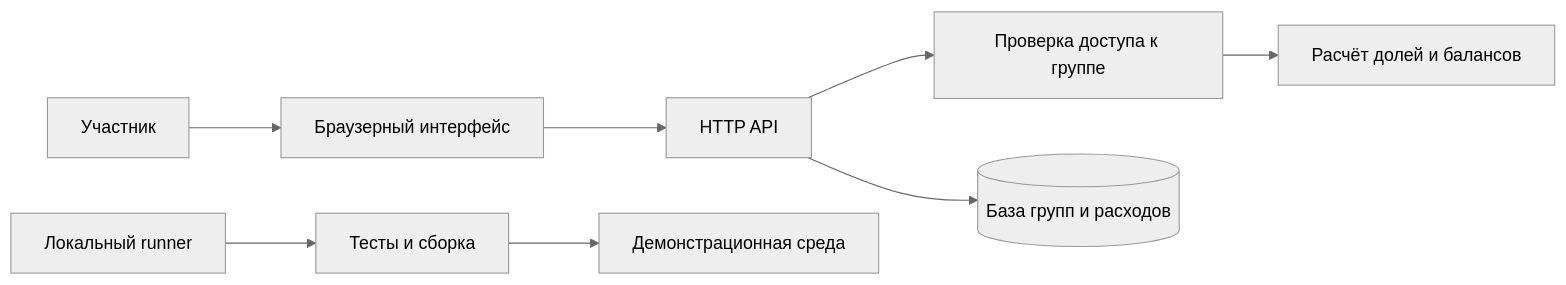
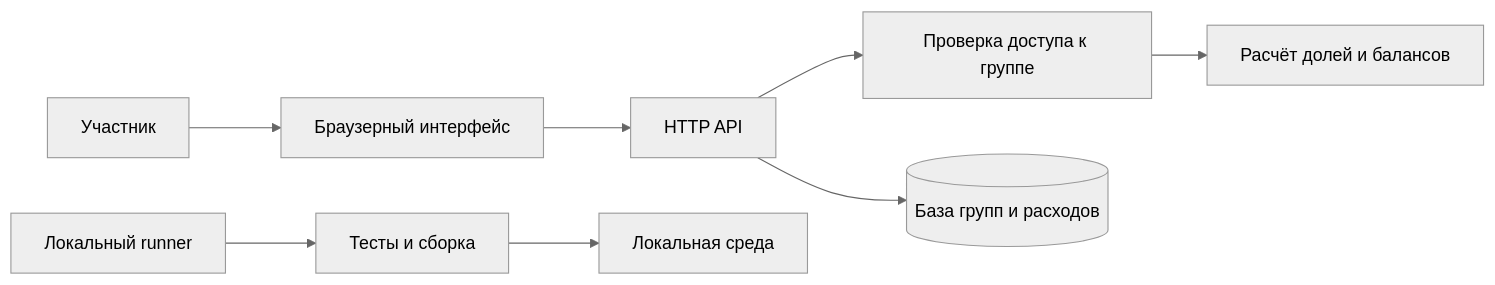
One commit to eductionnn-netizen/splitshare changed the second of 2 diagrams in wiki/Architecture.md. Above: the diagram before and after it, drawn with Mermaid (neutral theme). The commit also changed other lines of this file and 7 other files, not shown here.

````diff
--- a/wiki/Architecture.md
+++ b/wiki/Architecture.md
@@ -16,10 +16,10 @@
 ```mermaid
 flowchart LR
     User[Участник] --> UI[Браузерный интерфейс]
     UI --> API[HTTP API]
     API --> Auth[Проверка доступа к группе]
     Auth --> Core[Расчёт долей и балансов]
     API --> DB[(База групп и расходов)]
     Runner[Локальный runner] --> Tests[Тесты и сборка]
-    Tests --> Demo[Демонстрационная среда]
+    Tests --> Demo[Локальная среда]
 ```
````
